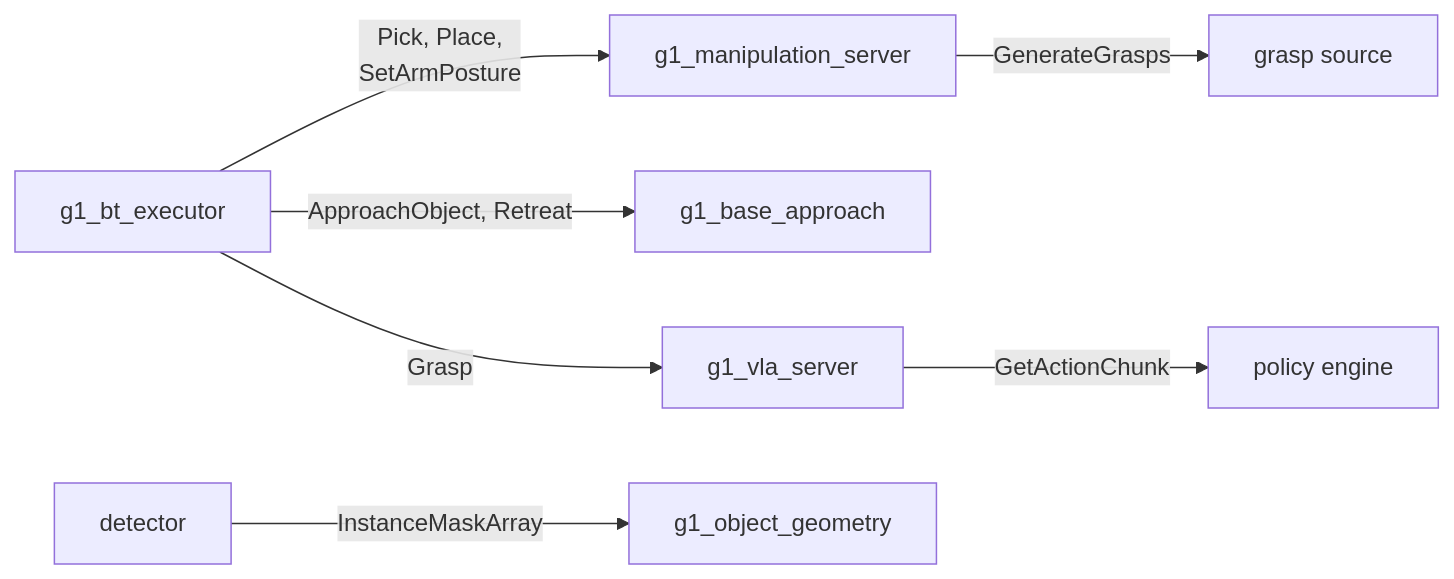
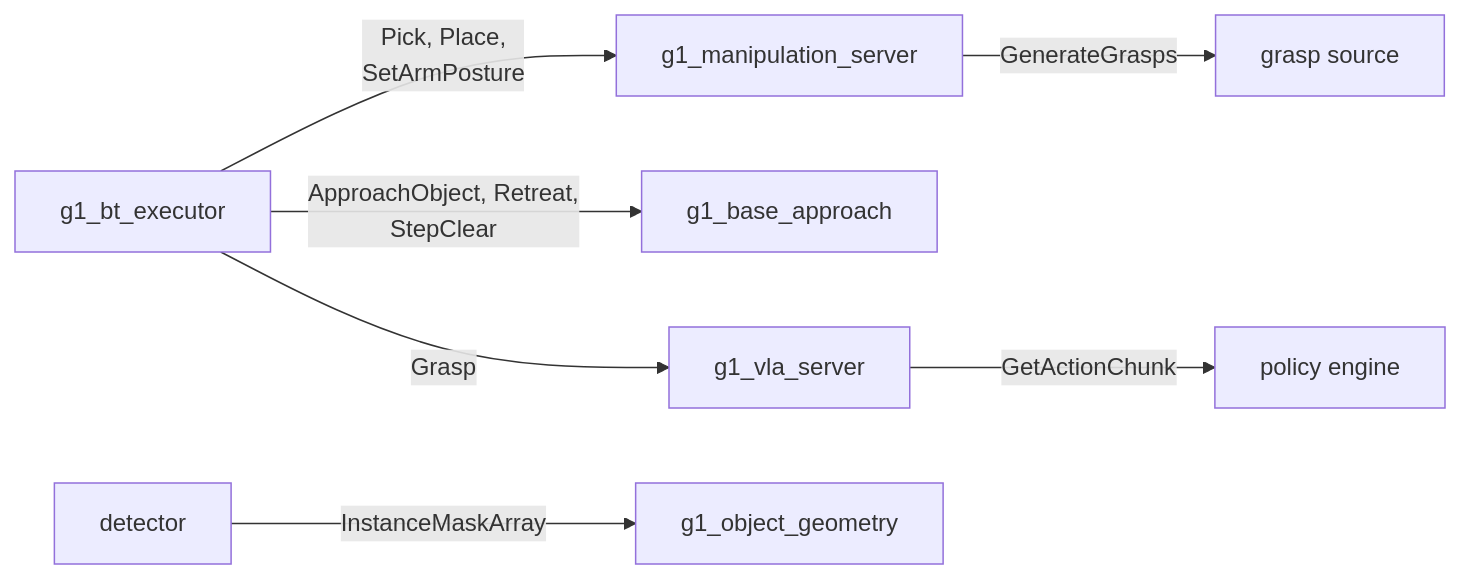
The diagram in workspace/src/g1_msgs/README.md (Adyansh04/grove-g1), drawn with Mermaid before and after one commit. The commit also changed other lines of this file and 10 other files, not shown here.

Commit message:
Add a StepClear action to leave Nav2's collision band

````diff
--- a/workspace/src/g1_msgs/README.md
+++ b/workspace/src/g1_msgs/README.md
@@ -8,9 +8,9 @@
 ```mermaid
 flowchart LR
     BT["g1_bt_executor"] -- "Pick, Place,<br/>SetArmPosture" --> MS["g1_manipulation_server"]
-    BT -- "ApproachObject, Retreat" --> BA["g1_base_approach"]
+    BT -- "ApproachObject, Retreat,<br/>StepClear" --> BA["g1_base_approach"]
     BT -- "Grasp" --> VS["g1_vla_server"]
     VS -- "GetActionChunk" --> PE["policy engine"]
     MS -- "GenerateGrasps" --> GS["grasp source"]
     D["detector"] -- "InstanceMaskArray" --> G["g1_object_geometry"]
 ```
````
